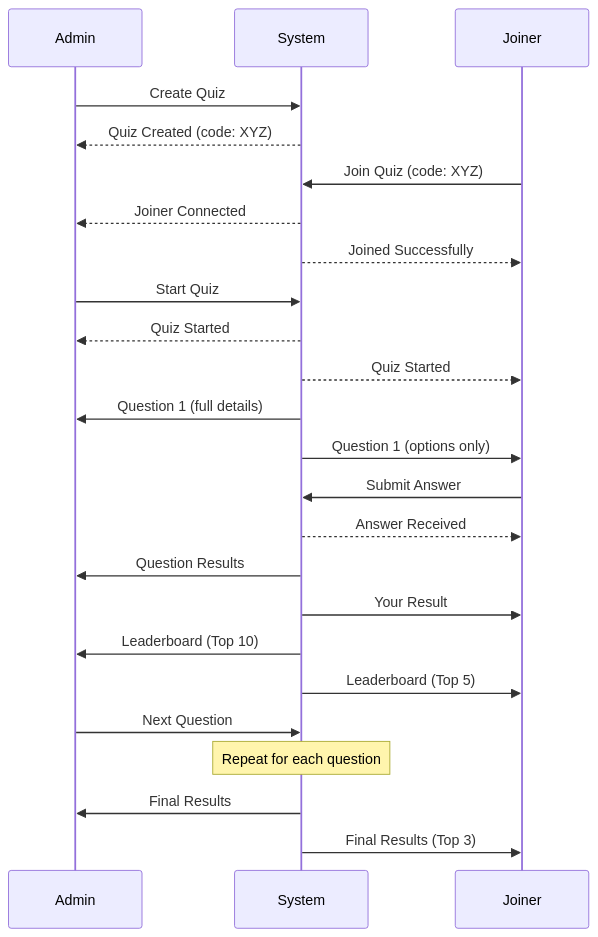
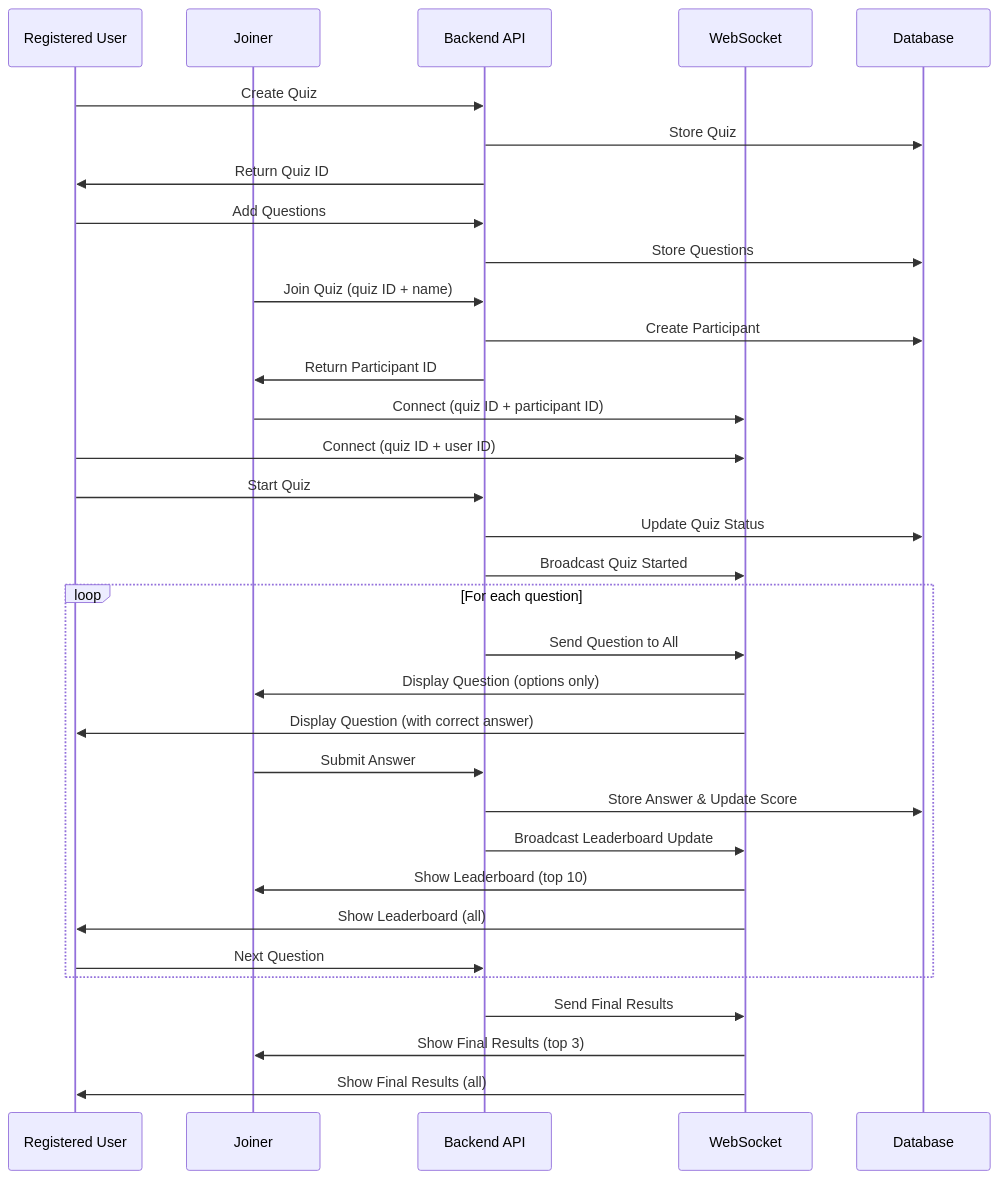
Before and after one commit to dinhkhaphancs/real-time-quiz-backend: the third of 3 diagrams in README.md, drawn with Mermaid. The commit also changed other lines of this file and 27 other files, not shown here.

First line of the commit message:
Refactor user management and quiz participation logic

````diff
--- a/README.md
+++ b/README.md
@@ -141,36 +167,45 @@
 ```mermaid
 sequenceDiagram
-    participant Admin
-    participant System
-    participant Joiner
+    participant RU as Registered User
+    participant J as Joiner
+    participant API as Backend API
+    participant WS as WebSocket
+    participant DB as Database
     
-    Admin->>System: Create Quiz
-    System-->>Admin: Quiz Created (code: XYZ)
+    RU->>API: Create Quiz
+    API->>DB: Store Quiz
+    API->>RU: Return Quiz ID
     
-    Joiner->>System: Join Quiz (code: XYZ)
-    System-->>Admin: Joiner Connected
-    System-->>Joiner: Joined Successfully
+    RU->>API: Add Questions
+    API->>DB: Store Questions
     
-    Admin->>System: Start Quiz
-    System-->>Admin: Quiz Started
-    System-->>Joiner: Quiz Started
+    J->>API: Join Quiz (quiz ID + name)
+    API->>DB: Create Participant
+    API->>J: Return Participant ID
     
-    System->>Admin: Question 1 (full details)
-    System->>Joiner: Question 1 (options only)
+    J->>WS: Connect (quiz ID + participant ID)
+    RU->>WS: Connect (quiz ID + user ID)
     
-    Joiner->>System: Submit Answer
-    System-->>Joiner: Answer Received
+    RU->>API: Start Quiz
+    API->>DB: Update Quiz Status
+    API->>WS: Broadcast Quiz Started
     
-    System->>Admin: Question Results
-    System->>Joiner: Your Result
+    loop For each question
+        API->>WS: Send Question to All
+        WS->>J: Display Question (options only)
+        WS->>RU: Display Question (with correct answer)
+        
+        J->>API: Submit Answer
+        API->>DB: Store Answer & Update Score
+        
+        API->>WS: Broadcast Leaderboard Update
+        WS->>J: Show Leaderboard (top 10)
+        WS->>RU: Show Leaderboard (all)
+        
+        RU->>API: Next Question
+    end
     
-    System->>Admin: Leaderboard (Top 10)
-    System->>Joiner: Leaderboard (Top 5)
-    
-    Admin->>System: Next Question
-    
-    Note over System: Repeat for each question
-    
-    System->>Admin: Final Results
-    System->>Joiner: Final Results (Top 3)
+    API->>WS: Send Final Results
+    WS->>J: Show Final Results (top 3)
+    WS->>RU: Show Final Results (all)
 ```
````
